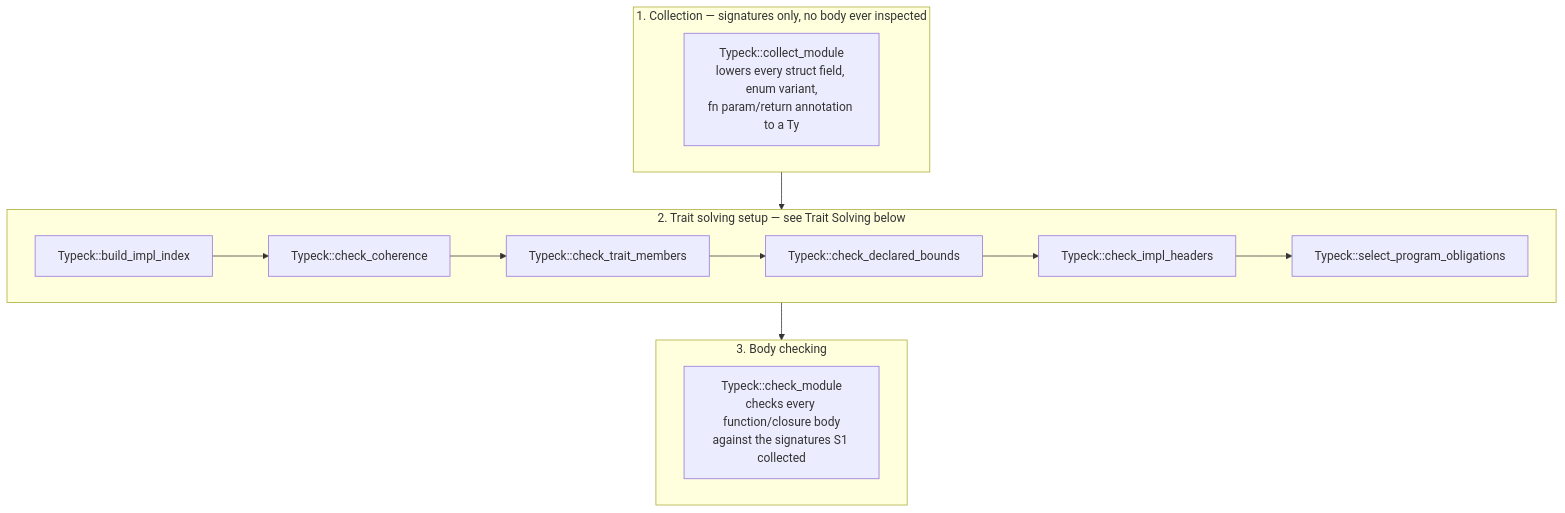
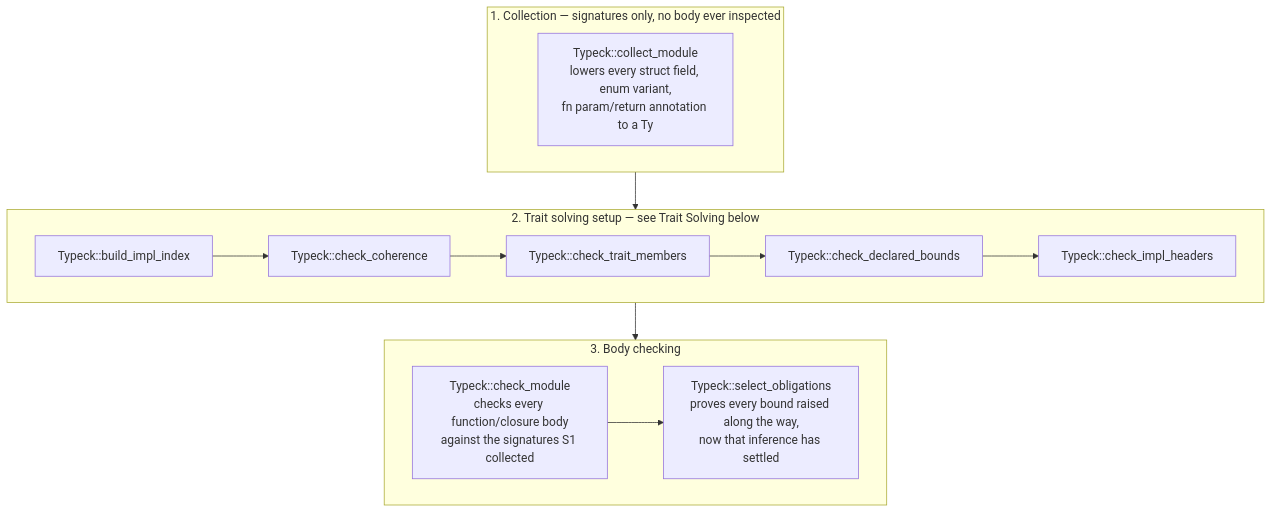
One commit to jamesfang87/Phi-Programming-Lang changed the fifth of 6 diagrams in docs/architecture.md. Above: the diagram before and after it, drawn with Mermaid. The commit also changed other lines of this file, not shown here.

Commit message:
Update architecture.md to reflect simplified trait solving

````diff
--- a/docs/architecture.md
+++ b/docs/architecture.md
@@ -504,22 +504,23 @@
 ```mermaid
 flowchart TD
     subgraph S1["1. Collection — signatures only, no body ever inspected"]
         Collect["Typeck::collect_module<br>lowers every struct field, enum variant,<br>fn param/return annotation to a Ty"]
     end
 
     subgraph S2["2. Trait solving setup — see Trait Solving below"]
         Impls["Typeck::build_impl_index"]
         Coherence["Typeck::check_coherence"]
         Members["Typeck::check_trait_members"]
         Bounds["Typeck::check_declared_bounds"]
         Headers["Typeck::check_impl_headers"]
-        Obligations["Typeck::select_program_obligations"]
-        Impls --> Coherence --> Members --> Bounds --> Headers --> Obligations
+        Impls --> Coherence --> Members --> Bounds --> Headers
     end
 
     subgraph S3["3. Body checking"]
         CheckBodies["Typeck::check_module<br>checks every function/closure body<br>against the signatures S1 collected"]
+        Obligations["Typeck::select_obligations<br>proves every bound raised along the way,<br>now that inference has settled"]
+        CheckBodies --> Obligations
     end
 
     S1 --> S2 --> S3
 ```
````
